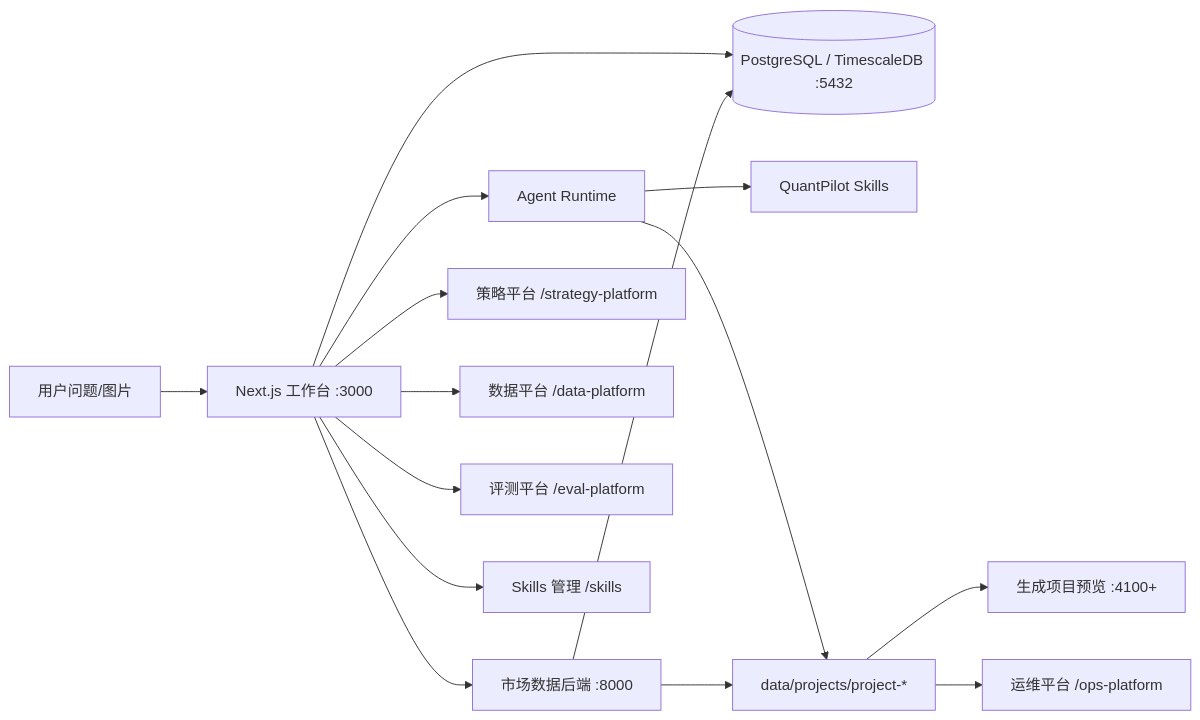
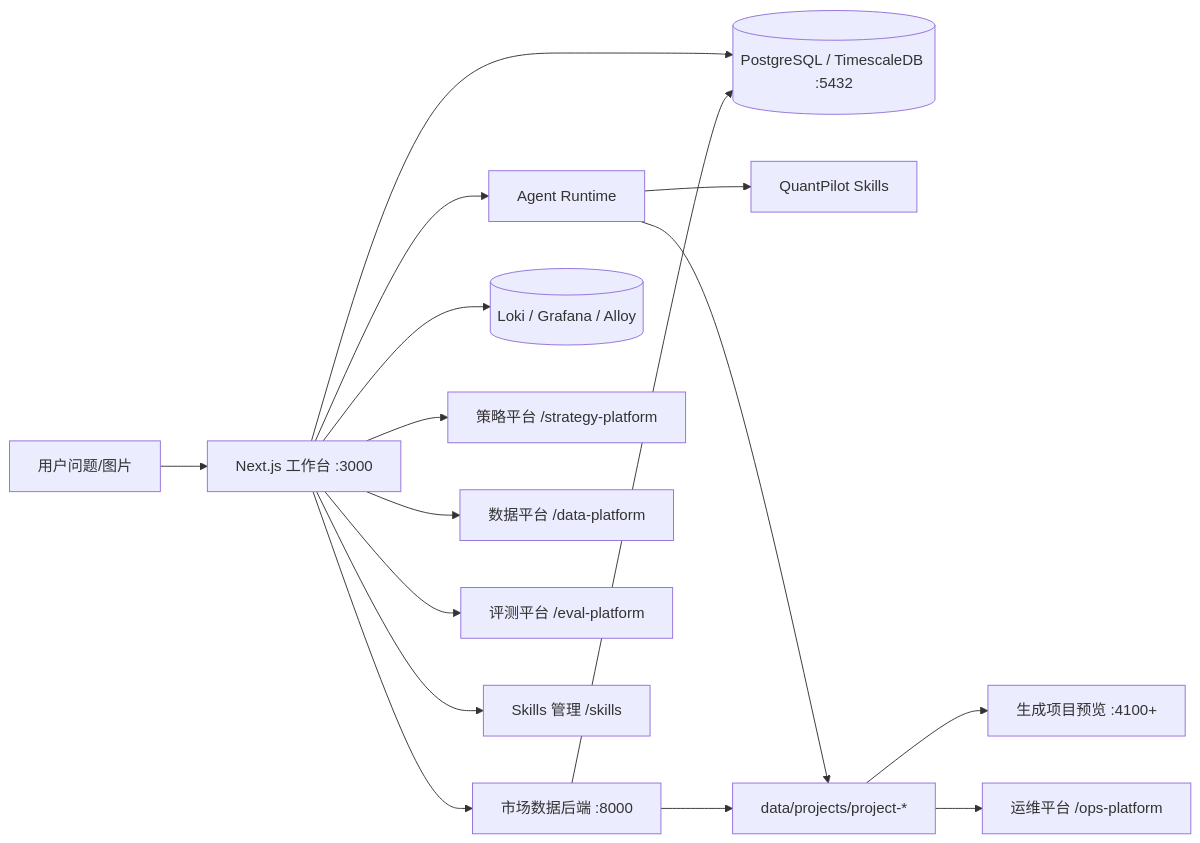
One commit to xbzz1018/SignalForge changed the diagram in docs/architecture.md. Above: the diagram before and after it, drawn with Mermaid. The commit also changed other lines of this file and 13 other files, not shown here.

````diff
--- a/docs/architecture.md
+++ b/docs/architecture.md
@@ -5,17 +5,18 @@
 ```mermaid
 flowchart LR
   U[用户问题/图片] --> W[Next.js 工作台 :3000]
   W --> DB[(PostgreSQL / TimescaleDB :5432)]
   W --> R[Agent Runtime]
   R --> S[QuantPilot Skills]
   W --> M[市场数据后端 :8000]
   M --> DB
+  W --> L[(Loki / Grafana / Alloy)]
   R --> P[data/projects/project-*]
   M --> P
   P --> V[生成项目预览 :4100+]
   P --> H[运维平台 /ops-platform]
   W --> T[策略平台 /strategy-platform]
   W --> C[数据平台 /data-platform]
   W --> E[评测平台 /eval-platform]
   W --> A[Skills 管理 /skills]
 ```
````
